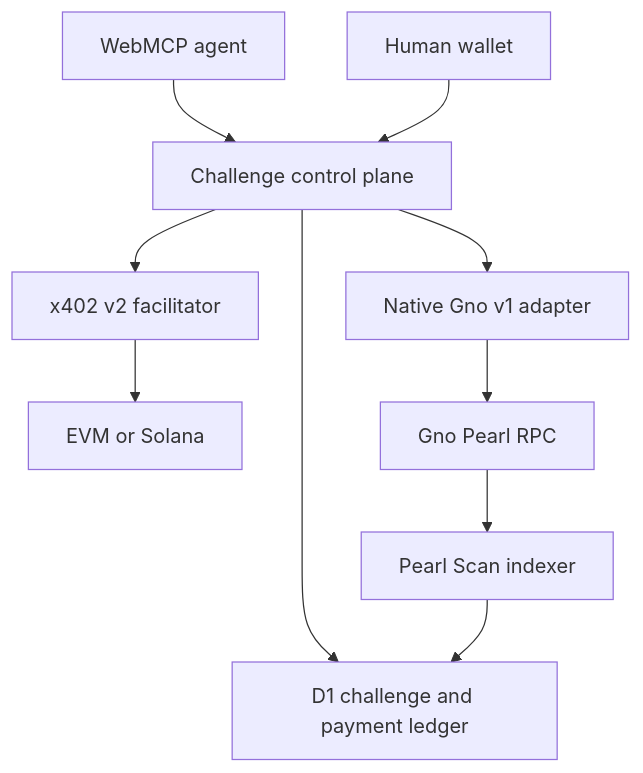
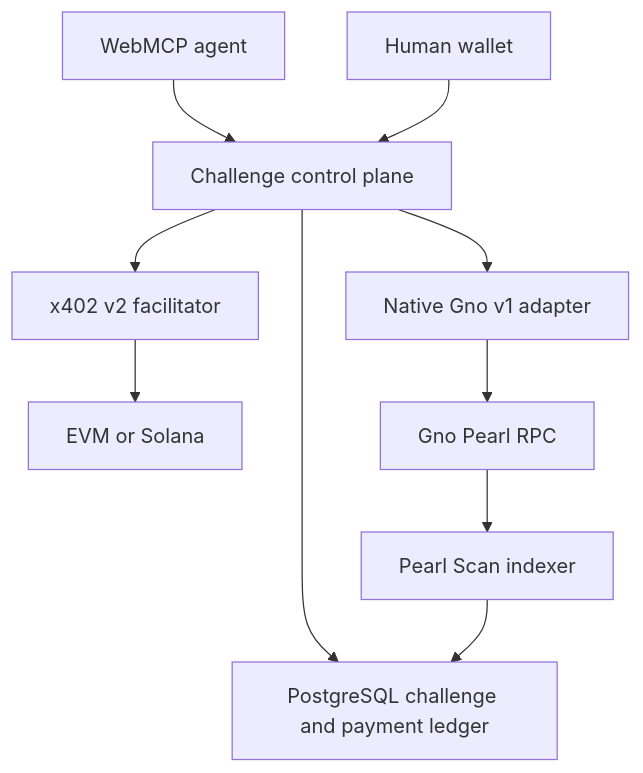
The diagram in docs/ARCHITECTURE.md (hex-aragon/g402-agent-treasury), drawn with Mermaid before and after one commit. The commit also changed other lines of this file and 227 other files, not shown here.

Commit message:
Deploy g402 treasury on Vercel with PostgreSQL indexing

````diff
--- a/docs/ARCHITECTURE.md
+++ b/docs/ARCHITECTURE.md
@@ -7,12 +7,12 @@
 ```mermaid
 flowchart TD
   A["WebMCP agent"] --> C["Challenge control plane"]
   H["Human wallet"] --> C
-  C --> D["D1 challenge and payment ledger"]
+  C --> D["PostgreSQL challenge and payment ledger"]
   C --> X["x402 v2 facilitator"]
   C --> G["Native Gno v1 adapter"]
   X --> E["EVM or Solana"]
   G --> P["Gno Pearl RPC"]
   P --> S["Pearl Scan indexer"]
   S --> D
 ```
````
